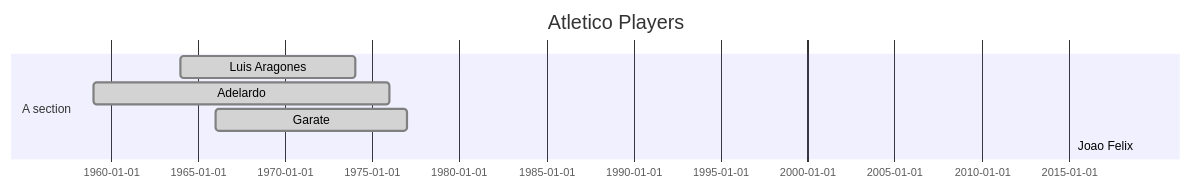
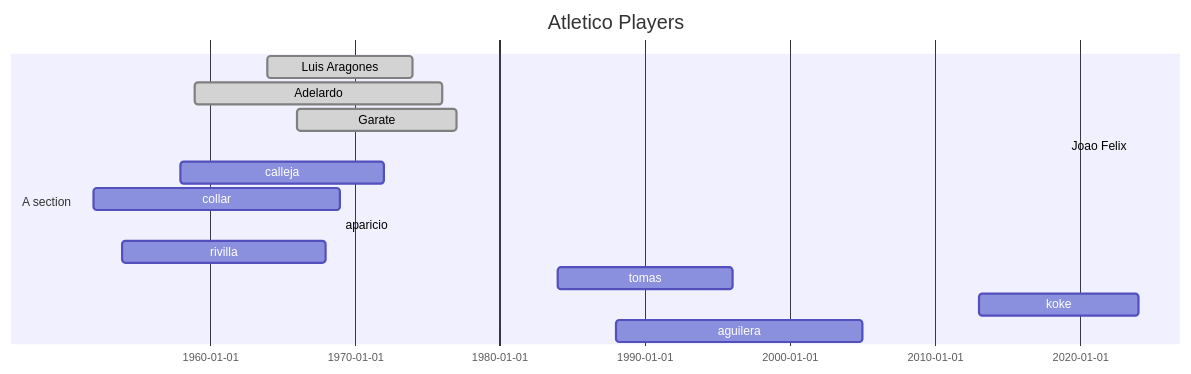
One commit to sarnobat/mermaid changed the second of 3 diagrams in README.md. Above: the diagram before and after it, drawn with Mermaid. The commit also changed other lines of this file, not shown here.

````diff
--- a/README.md
+++ b/README.md
@@ -70,11 +74,18 @@
 ```mermaid
 gantt
 dateFormat  YYYY
 title Atletico Players
 
 section A section
 Luis Aragones            :done,    1964,1974
 Adelardo               :done,  1959,1976
 Garate:done,1966,1977
 Joao Felix               :         2019, 222
+calleja    : 1958,1972
+collar    : 1952,1969
+aparicio    : 1938-1952
+rivilla    : 1954,1968
+tomas    : 1984,1996
+koke    : 2013,2024
+aguilera : 1988 , 2005
 ```
````
